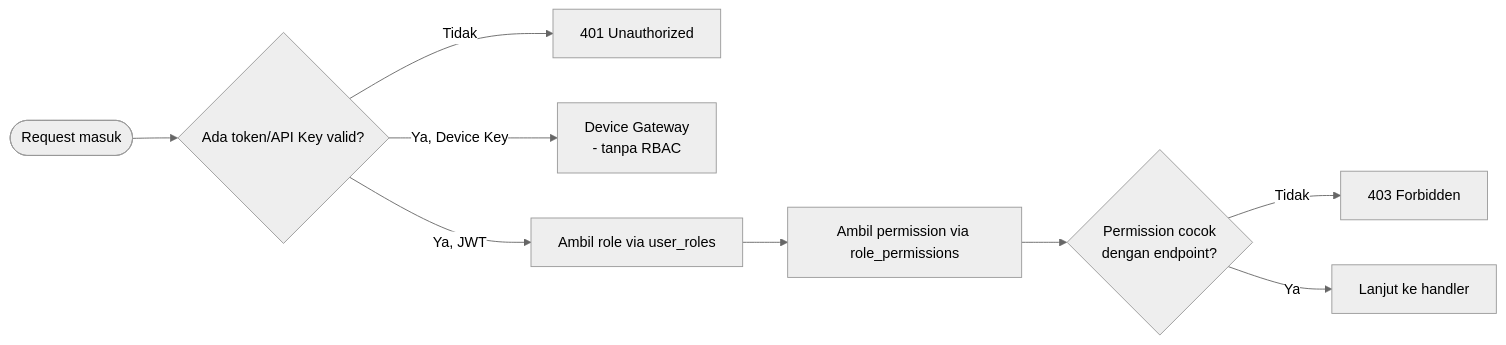
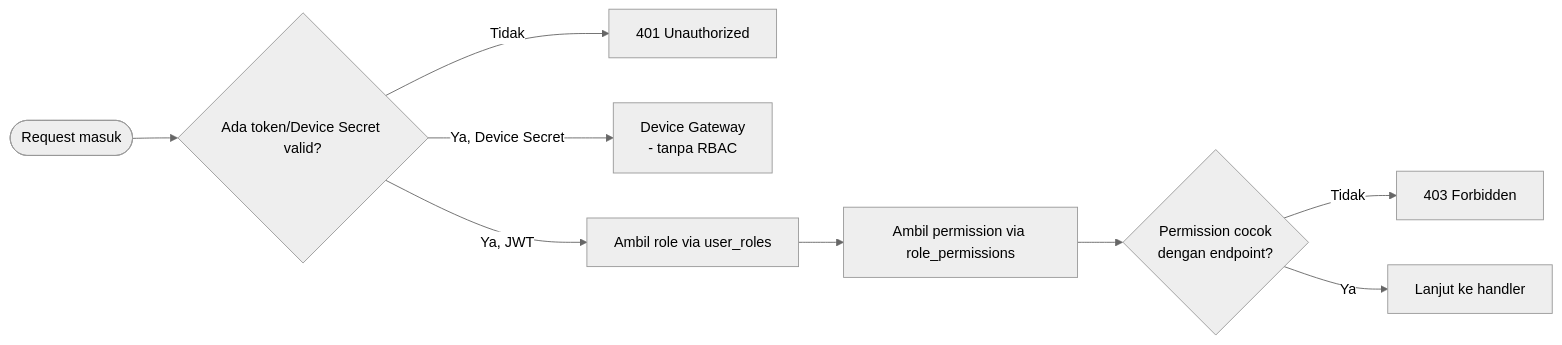
The diagram in docs/architecture/04_security_architecture.md (Vextronode/sigap_app), drawn with Mermaid (neutral theme) before and after one commit. The commit also changed other lines of this file and 34 other files, not shown here.

````diff
--- a/docs/architecture/04_security_architecture.md
+++ b/docs/architecture/04_security_architecture.md
@@ -17,13 +23,13 @@
 ```mermaid
 flowchart LR
-    Req([Request masuk]) --> CheckAuth{Ada token/API Key valid?}
+    Req([Request masuk]) --> CheckAuth{Ada token/Device Secret valid?}
     CheckAuth -- Tidak --> Reject401[401 Unauthorized]
-    CheckAuth -- Ya, Device Key --> DeviceFlow[Device Gateway
+    CheckAuth -- Ya, Device Secret --> DeviceFlow[Device Gateway
     - tanpa RBAC]
     CheckAuth -- Ya, JWT --> ResolveRole[Ambil role via user_roles]
     ResolveRole --> ResolvePerm[Ambil permission via role_permissions]
     ResolvePerm --> CheckPerm{Permission cocok
     dengan endpoint?}
     CheckPerm -- Tidak --> Reject403[403 Forbidden]
     CheckPerm -- Ya --> Allow[Lanjut ke handler]
 ```
````
